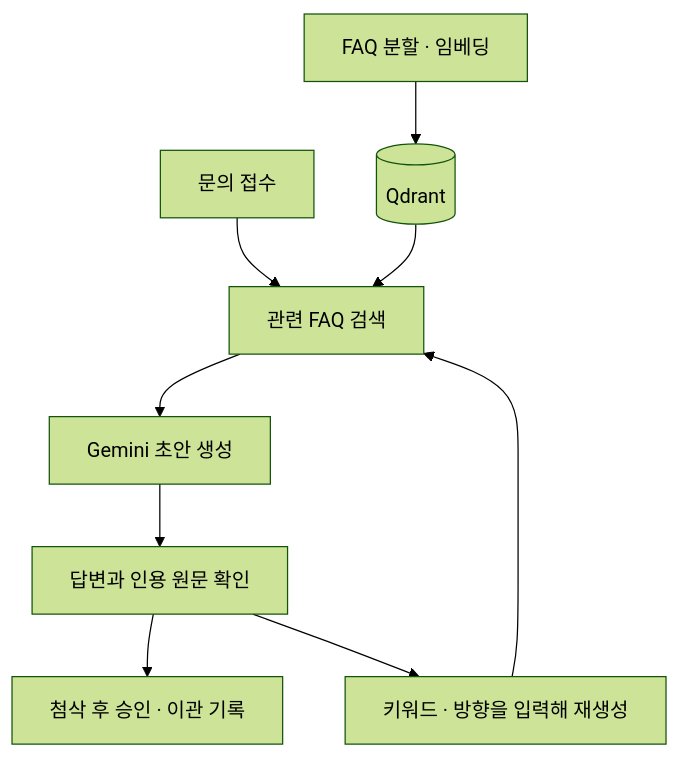
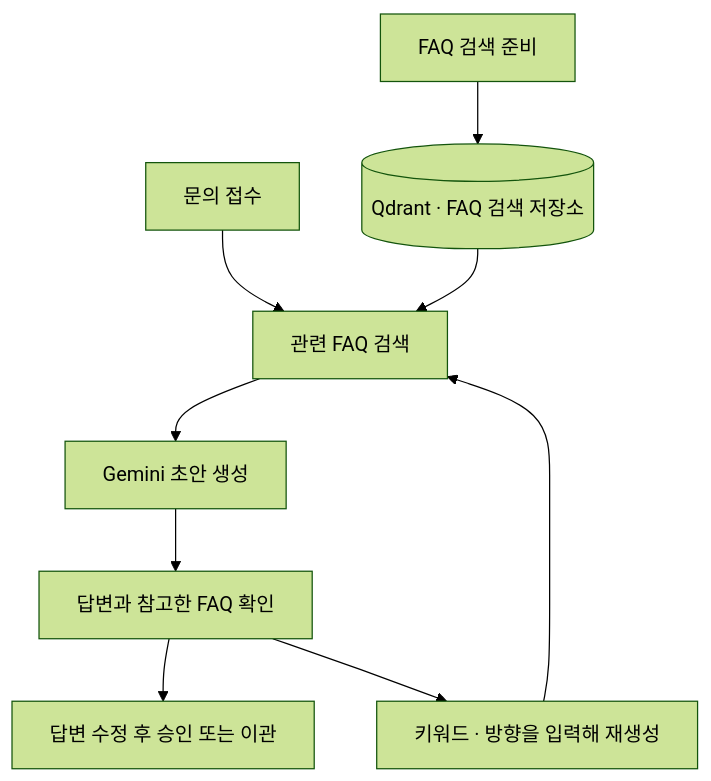
One commit to uckdo/inquiry-desk changed the diagram in README.md. Above: the diagram before and after it, drawn with Mermaid (forest theme). The commit also changed other lines of this file, not shown here.

````diff
--- a/README.md
+++ b/README.md
@@ -9,11 +9,11 @@
 ```mermaid
 flowchart TD
     A[문의 접수] --> B[관련 FAQ 검색]
-    F[FAQ 분할 · 임베딩] --> Q[(Qdrant)]
+    F[FAQ 검색 준비] --> Q[(Qdrant · FAQ 검색 저장소)]
     Q --> B
     B --> C[Gemini 초안 생성]
-    C --> D[답변과 인용 원문 확인]
-    D --> E[첨삭 후 승인 · 이관 기록]
+    C --> D[답변과 참고한 FAQ 확인]
+    D --> E[답변 수정 후 승인 또는 이관]
     D --> G[키워드 · 방향을 입력해 재생성]
     G --> B
 ```
````
